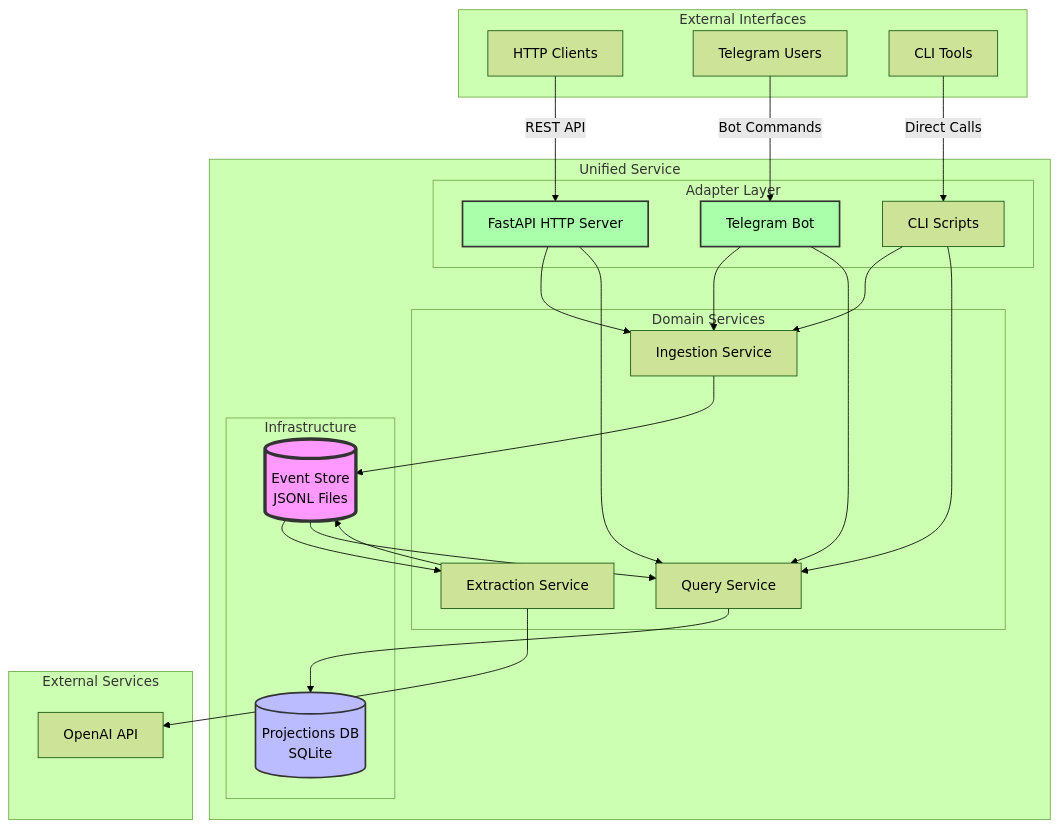
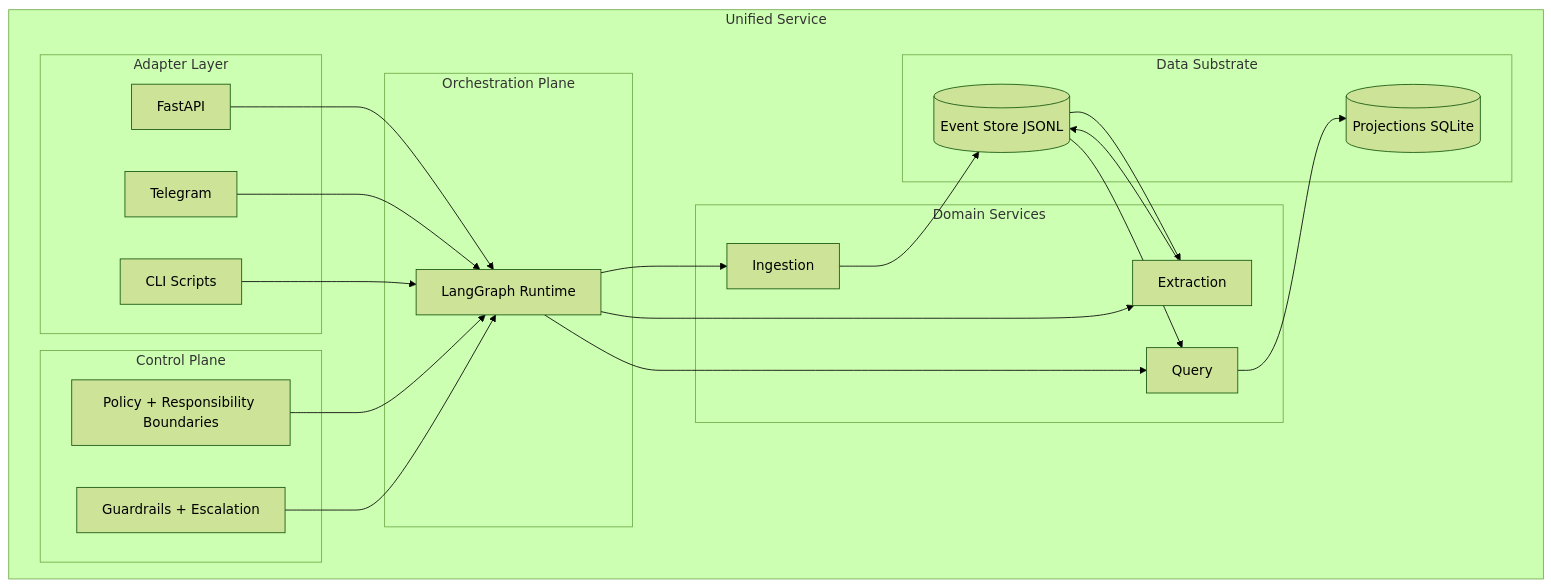
One commit to rattling/helio-mono changed the second of 2 diagrams in docs/ARCHITECTURE.md. Above: the diagram before and after it, drawn with Mermaid (forest theme). The commit also changed other lines of this file and 59 other files, not shown here.

Commit message:
docs: reorganize architecture and documentation structure

````diff
--- a/docs/ARCHITECTURE.md
+++ b/docs/ARCHITECTURE.md
@@ -264,54 +63,47 @@
 ```mermaid
 graph TB
     subgraph "Unified Service"
+        subgraph "Control Plane"
+            POL[Policy + Responsibility Boundaries]
+            GATE[Guardrails + Escalation]
+        end
+
+        subgraph "Orchestration Plane"
+            ORCH[LangGraph Runtime]
+        end
+
         subgraph "Adapter Layer"
-            API[FastAPI HTTP Server]
-            TG[Telegram Bot]
+            API[FastAPI]
+            TG[Telegram]
             CLI[CLI Scripts]
         end
-        
+
         subgraph "Domain Services"
-            ING[Ingestion Service]
-            EXT[Extraction Service]
-            QRY[Query Service]
+            ING[Ingestion]
+            EXT[Extraction]
+            QRY[Query]
         end
-        
-        subgraph "Infrastructure"
-            EVT[(Event Store<br/>JSONL Files)]
-            PROJ[(Projections DB<br/>SQLite)]
+
+        subgraph "Data Substrate"
+            EVT[(Event Store JSONL)]
+            PROJ[(Projections SQLite)]
         end
     end
-    
-    subgraph "External Interfaces"
-        HTTP[HTTP Clients]
-        TGClient[Telegram Users]
-        Scripts[CLI Tools]
-    end
-    
-    subgraph "External Services"
-        LLM[OpenAI API]
-    end
-    
-    HTTP -->|REST API| API
-    TGClient -->|Bot Commands| TG
-    Scripts -->|Direct Calls| CLI
-    
-    API --> ING
-    API --> QRY
-    TG --> ING
-    TG --> QRY
-    CLI --> ING
-    CLI --> QRY
-    
+
+    API --> ORCH
+    TG --> ORCH
+    CLI --> ORCH
+
+    POL --> ORCH
+    GATE --> ORCH
+
+    ORCH --> ING
+    ORCH --> EXT
+    ORCH --> QRY
+
     ING --> EVT
     EVT --> EXT
-    EXT --> LLM
     EXT --> EVT
     EVT --> QRY
     QRY --> PROJ
-    
-    style EVT fill:#f9f,stroke:#333,stroke-width:4px
-    style PROJ fill:#bbf,stroke:#333,stroke-width:2px
-    style API fill:#afa,stroke:#333,stroke-width:2px
-    style TG fill:#afa,stroke:#333,stroke-width:2px
 ```
````
